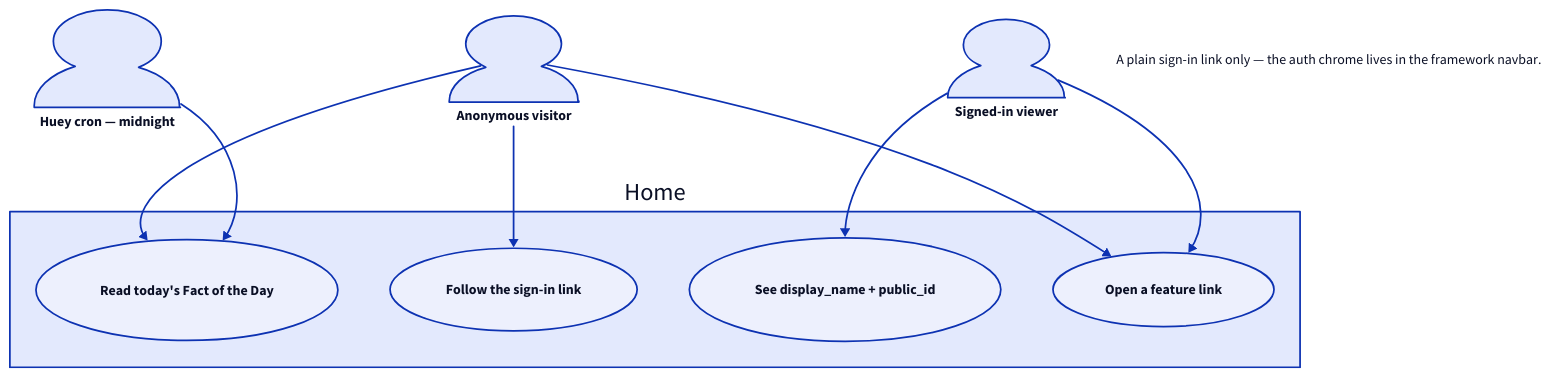
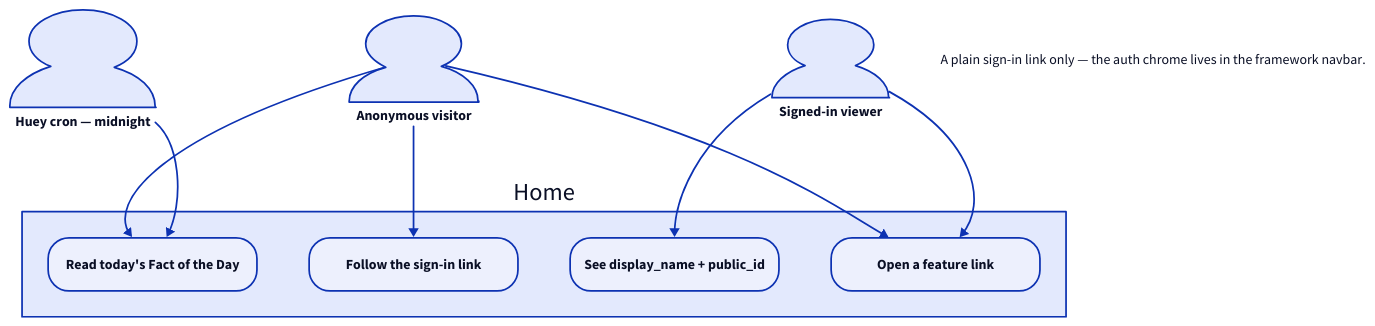
One commit to aitchnyu/agent-beta changed the diagram in docs/reference/ourapp/docs/home.md. Above: the diagram before and after it, drawn with D2. The commit also changed 33 other files, not shown here.

````diff
--- a/docs/reference/ourapp/docs/home.md
+++ b/docs/reference/ourapp/docs/home.md
@@ -9,19 +9,19 @@
 ```d2
 direction: down
 visitor: Anonymous visitor {shape: person}
 viewer: Signed-in viewer {shape: person}
 cron: Huey cron — midnight {shape: person}
 home: Home {
-  read_pick: Read today's Fact of the Day {shape: oval}
-  sign_in: Follow the sign-in link {shape: oval}
-  see_identity: See display_name + public_id {shape: oval}
-  open_feature: Open a feature link {shape: oval}
+  read_pick: Read today's Fact of the Day {width: 240; style.border-radius: 24}
+  sign_in: Follow the sign-in link {width: 240; style.border-radius: 24}
+  see_identity: See display_name + public_id {width: 240; style.border-radius: 24}
+  open_feature: Open a feature link {width: 240; style.border-radius: 24}
 }
 visitor -> home.read_pick
 visitor -> home.open_feature
 visitor -> home.sign_in
 viewer -> home.see_identity
 viewer -> home.open_feature
 cron -> home.read_pick
 note: A plain sign-in link only — the auth chrome lives in the framework navbar. {shape: text}
 ```
````
